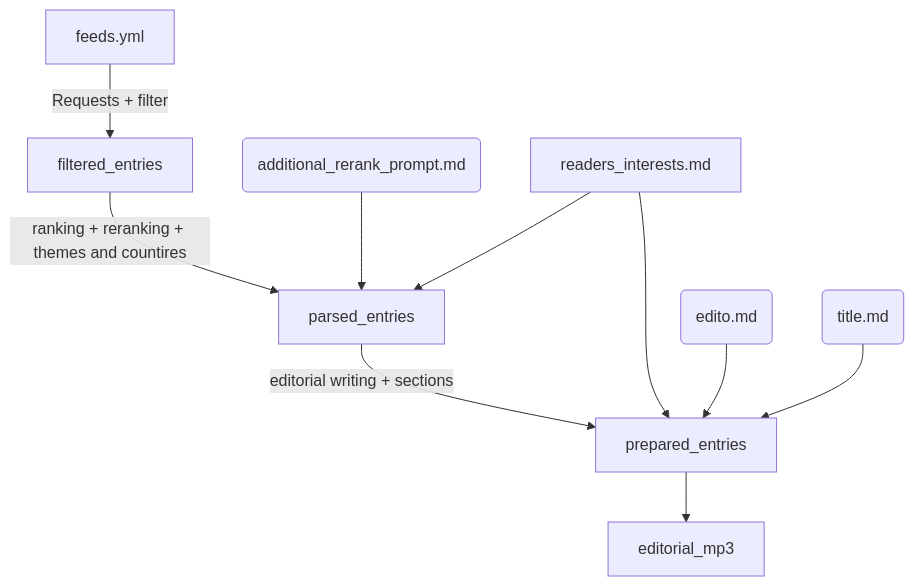
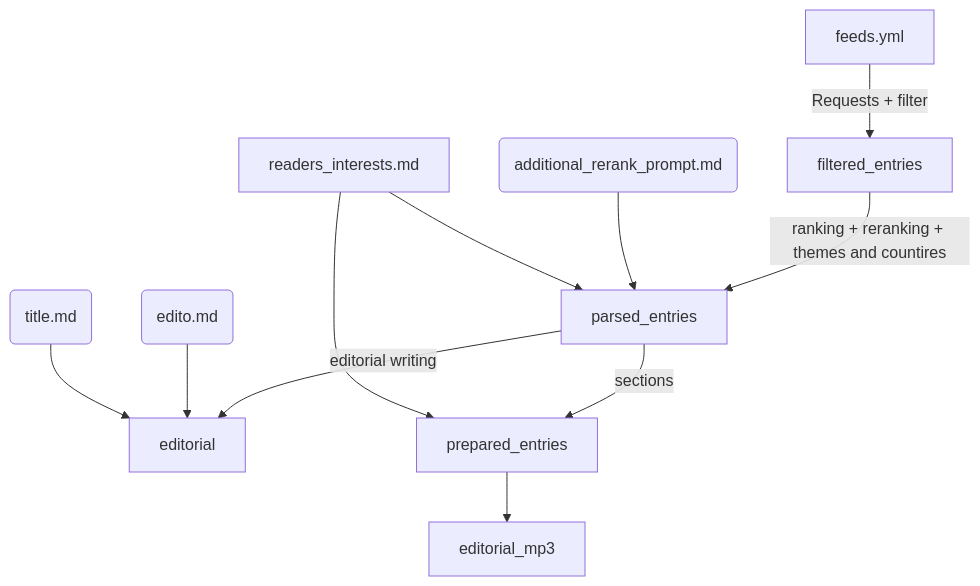
One commit to RenardDesNeiges/press_room changed the first of 2 diagrams in README.md. Above: the diagram before and after it, drawn with Mermaid. The commit also changed other lines of this file and 9 other files, not shown here.

````diff
--- a/README.md
+++ b/README.md
@@ -148,19 +159,20 @@
 ```mermaid
 flowchart TD
     F[feeds.yml] -->|Requests + filter| B[filtered_entries]
     B -->|ranking + reranking + themes and countires| C[parsed_entries]
-    C -->|editorial writing + sections| D[prepared_entries]
-    D --> E[editorial_mp3]
+    C -->|editorial writing| E[editorial]
+    C -->|sections| D[prepared_entries]
+    D --> E1[editorial_mp3]
 
     A2(additional_rerank_prompt.md)
     A2 --> C
 
     A1[readers_interests.md]
     A1 --> C
     A1 --> D
 
 
-    A3(edito.md) --> D
+    A3(edito.md) --> E
     
-    A4(title.md) --> D
+    A4(title.md) --> E
 ```
````
